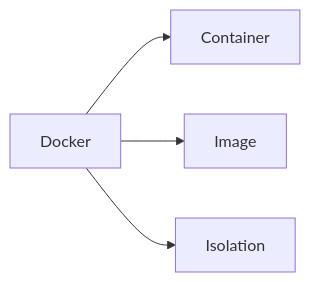
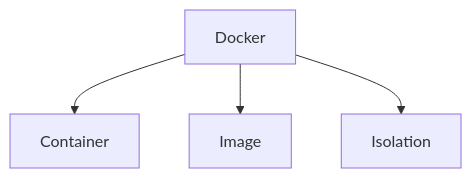
Before and after one commit to zyrass/omnydocs: diagram 12 of 41 in docs/glossaire/developpement-web.md, drawn with Mermaid. The commit also changed other lines of this file and 1780 other files, not shown here.

````diff
--- a/docs/glossaire/developpement-web.md
+++ b/docs/glossaire/developpement-web.md
@@ -241,6 +291,6 @@
-    ```mermaid
-    graph LR
-        A[Docker] --> B[Container]
-        A --> C[Image]
-        A --> D[Isolation]
-    ```
+```mermaid
+graph TB
+    A[Docker] --> B[Container]
+    A --> C[Image]
+    A --> D[Isolation]
+```
````
